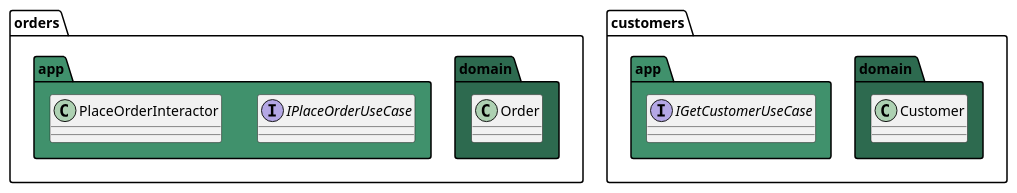
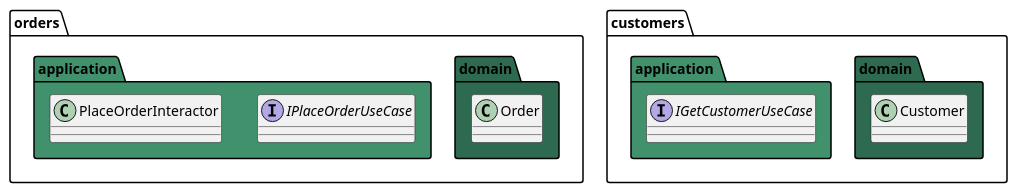
Before and after one commit to santiago-migoni/clean-architecture: the sixth of 6 diagrams in skills/diagram/SKILL.md, drawn with PlantUML. The commit also changed other lines of this file and 447 other files, not shown here.

First line of the commit message:
Clean Architecture 2.x: simpler layout and a language-agnostic plugin (TS, Python, Go, SQL) (#5)

````diff
--- a/skills/diagram/SKILL.md
+++ b/skills/diagram/SKILL.md
@@ -338,21 +347,21 @@
 ```plantuml
 @startuml Clean Architecture
 package "orders" {
   package "domain" #2d6a4f {
     class Order
   }
-  package "app" #40916c {
+  package "application" #40916c {
     interface IPlaceOrderUseCase
     class PlaceOrderInteractor
   }
 }
 package "customers" {
   package "domain " #2d6a4f {
     class Customer
   }
-  package "app " #40916c {
+  package "application " #40916c {
     interface IGetCustomerUseCase
   }
 }
 @enduml
 ```
````
